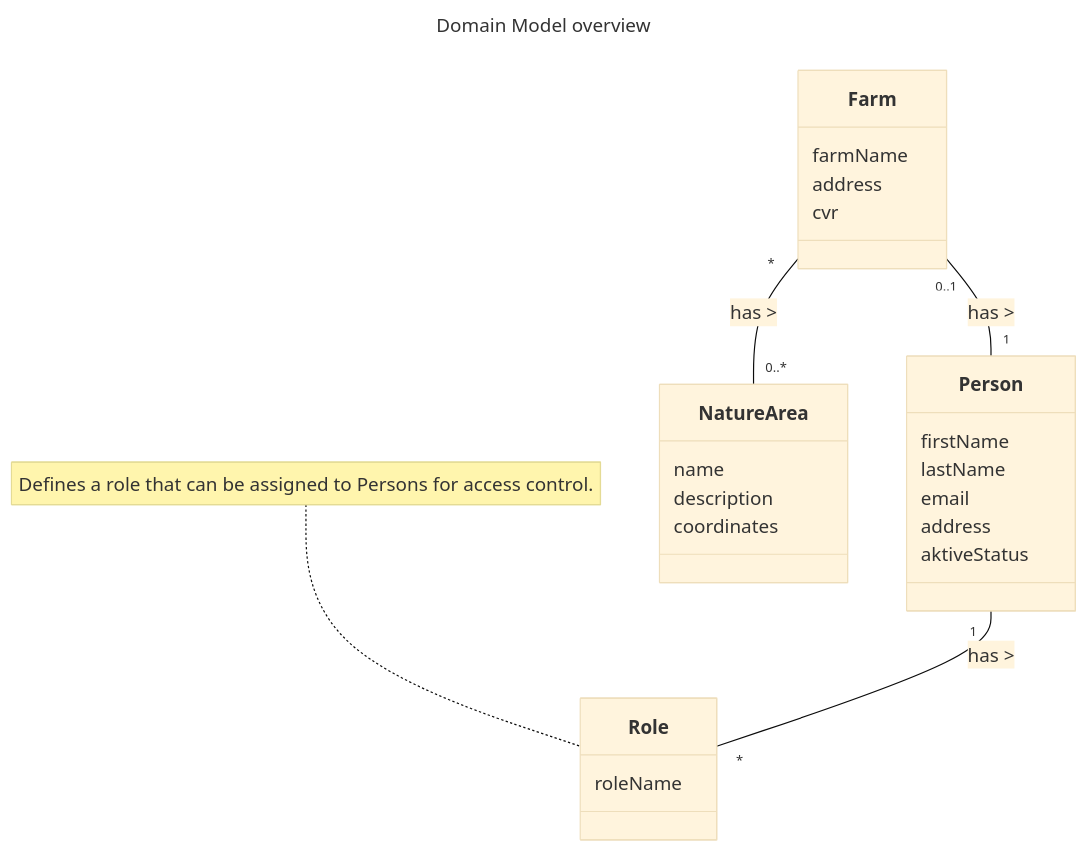
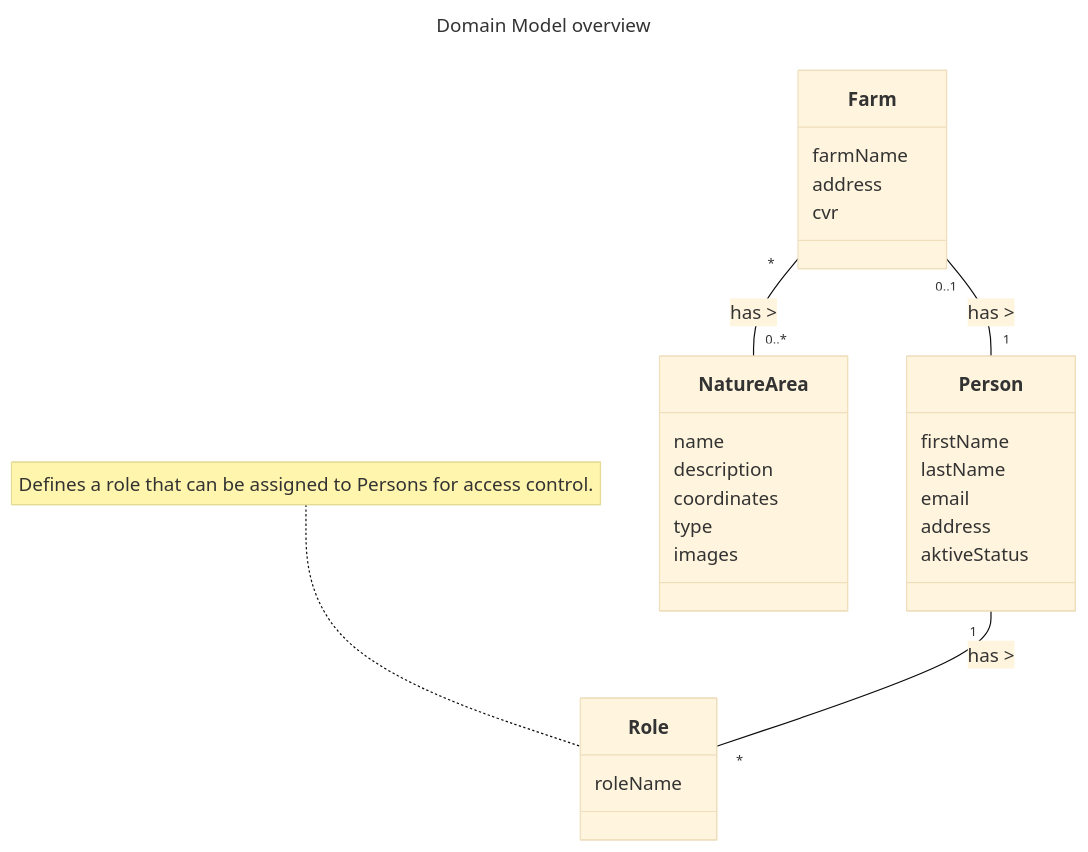
One commit to DMOoF25-TEAM11/ArlaNatureConnect changed the diagram in docs/DomainModel.md. Above: the diagram before and after it, drawn with Mermaid (base theme). The commit also changed 13 other files, not shown here.

````diff
--- a/docs/DomainModel.md
+++ b/docs/DomainModel.md
@@ -1,37 +1,39 @@
 ```mermaid
 ---
   title: "Domain Model overview"
 ---
 classDiagram
   direction TB
 
   class Role {
     roleName
   }
 
   class Person {
     firstName
     lastName
     email
     address
     aktiveStatus
   }
 
   class Farm {
     farmName
     address
     cvr
   }
 
   class NatureArea {
     name
     description
     coordinates
+    type
+    images
   }
 
   note for Role "Defines a role that can be assigned to Persons for access control."
 
   Person "1" -- "*" Role : has >
   Farm "0..1" -- "1" Person : has >
   Farm "*" -- "0..*" NatureArea : has >
 ```
````
